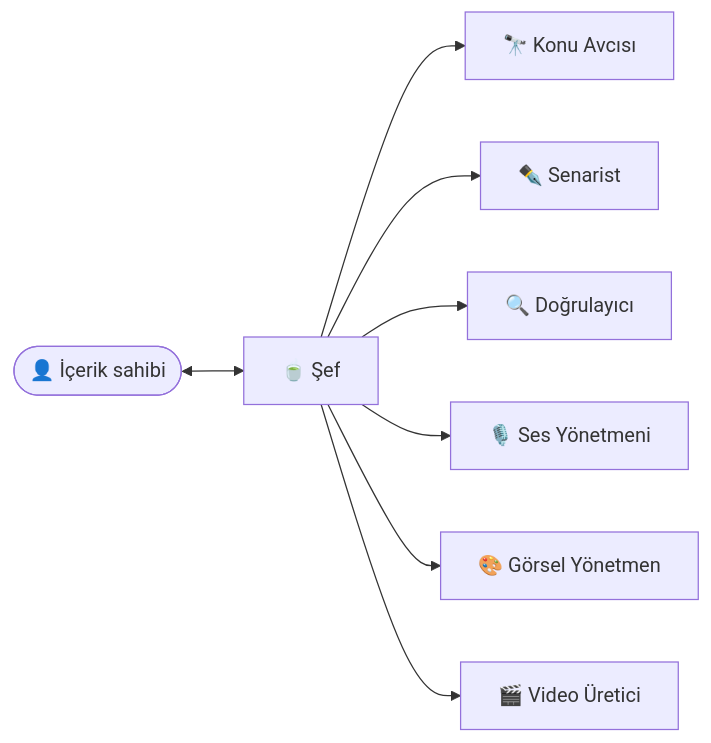
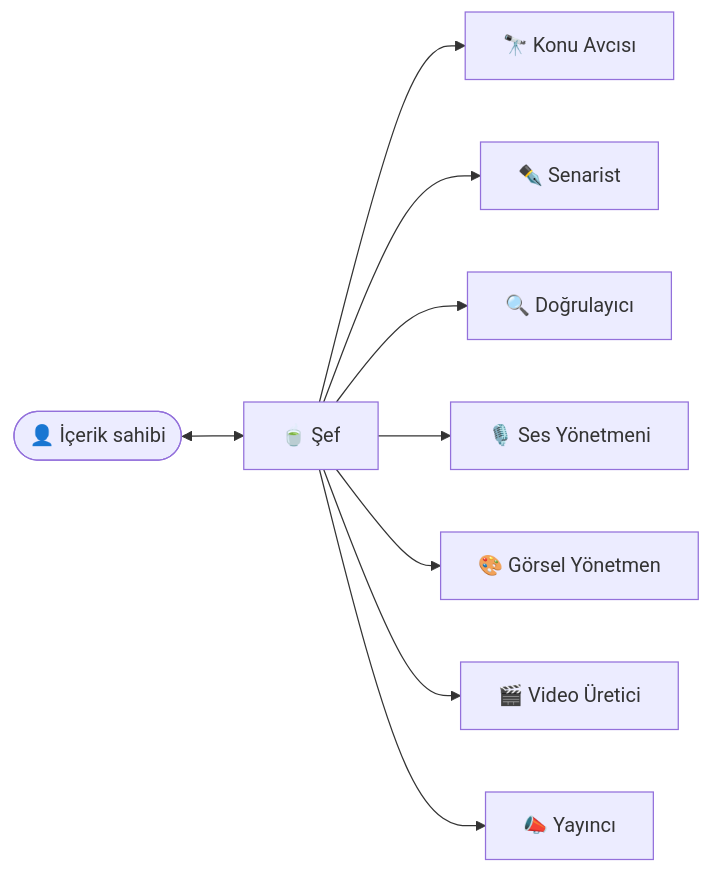
Before and after one commit to cobanhuseyinbahadir/Hemdem: the first of 2 diagrams in README.md, drawn with Mermaid. The commit also changed other lines of this file and 17 other files, not shown here.

````diff
--- a/README.md
+++ b/README.md
@@ -33,10 +33,11 @@
 ```mermaid
 flowchart LR
     S(["👤 İçerik sahibi"]) <--> SEF["🍵 Şef"]
     SEF --> KA["🔭 Konu Avcısı"]
     SEF --> SE["✒️ Senarist"]
     SEF --> DO["🔍 Doğrulayıcı"]
     SEF --> SY["🎙️ Ses Yönetmeni"]
     SEF --> GY["🎨 Görsel Yönetmen"]
     SEF --> VU["🎬 Video Üretici"]
+    SEF --> YA["📣 Yayıncı"]
 ```
````
